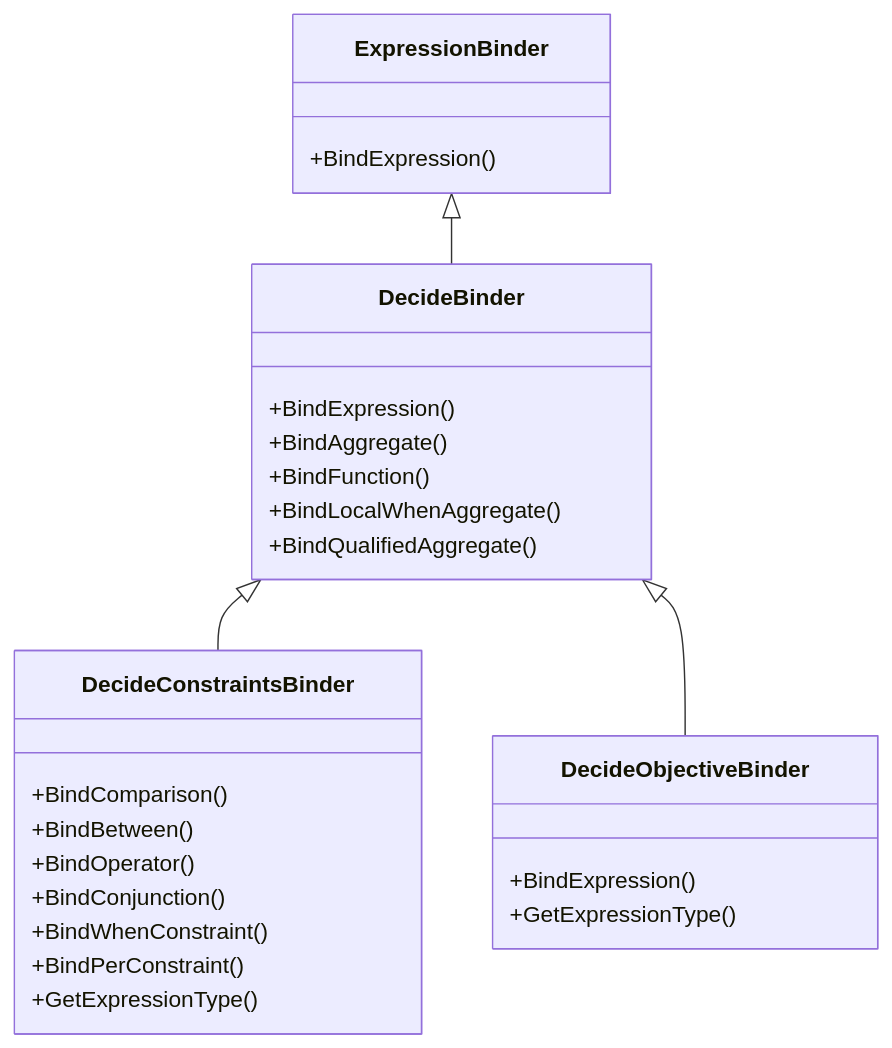
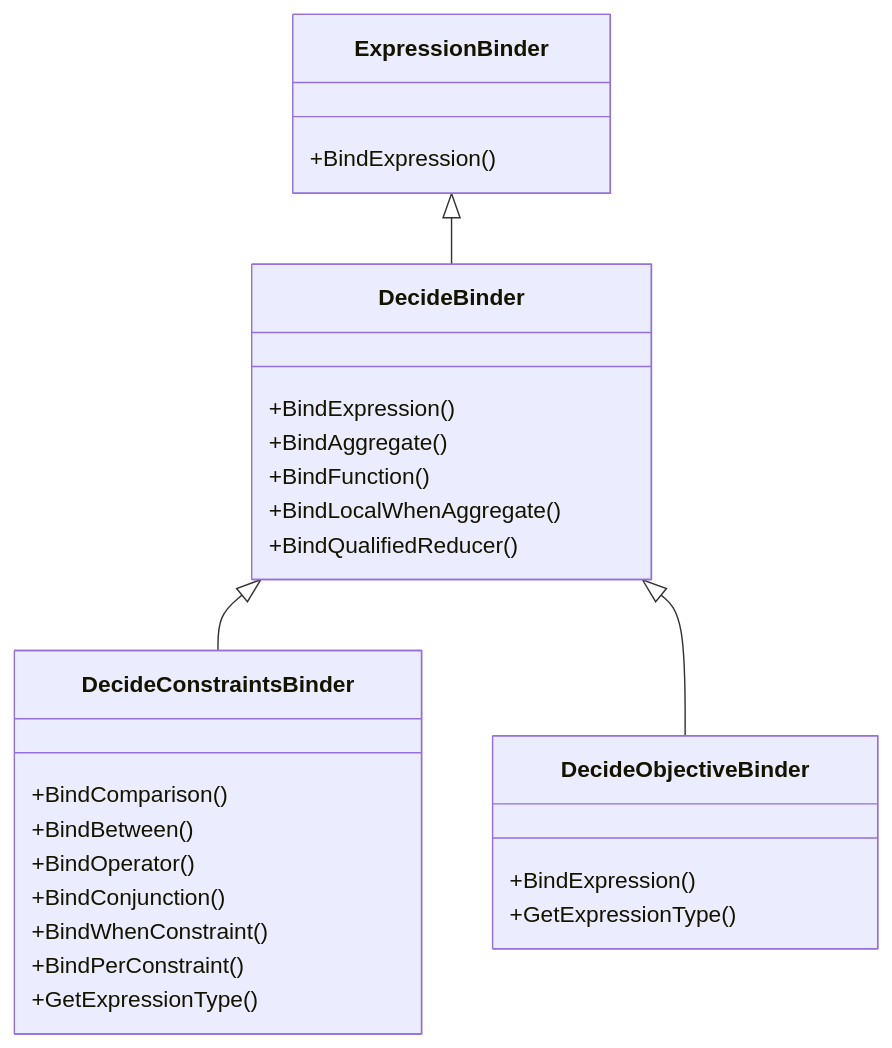
One commit to huda-lab/decidb changed the first of 2 diagrams in context/descriptions/01_pipeline/code_structure.md. Above: the diagram before and after it, drawn with Mermaid. The commit also changed other lines of this file and 102 other files, not shown here.

First line of the commit message:
decide: reducer is the word again for an aggregate over decisions

````diff
--- a/context/descriptions/01_pipeline/code_structure.md
+++ b/context/descriptions/01_pipeline/code_structure.md
@@ -106,30 +106,30 @@
 ```mermaid
 classDiagram
     class ExpressionBinder {
         +BindExpression()
     }
     class DecideBinder {
         +BindExpression()
         +BindAggregate()
         +BindFunction()
         +BindLocalWhenAggregate()
-        +BindQualifiedAggregate()
+        +BindQualifiedReducer()
     }
     class DecideConstraintsBinder {
         +BindComparison()
         +BindBetween()
         +BindOperator()
         +BindConjunction()
         +BindWhenConstraint()
         +BindPerConstraint()
         +GetExpressionType()
     }
     class DecideObjectiveBinder {
         +BindExpression()
         +GetExpressionType()
     }
 
     ExpressionBinder <|-- DecideBinder
     DecideBinder <|-- DecideConstraintsBinder
     DecideBinder <|-- DecideObjectiveBinder
 ```
````
